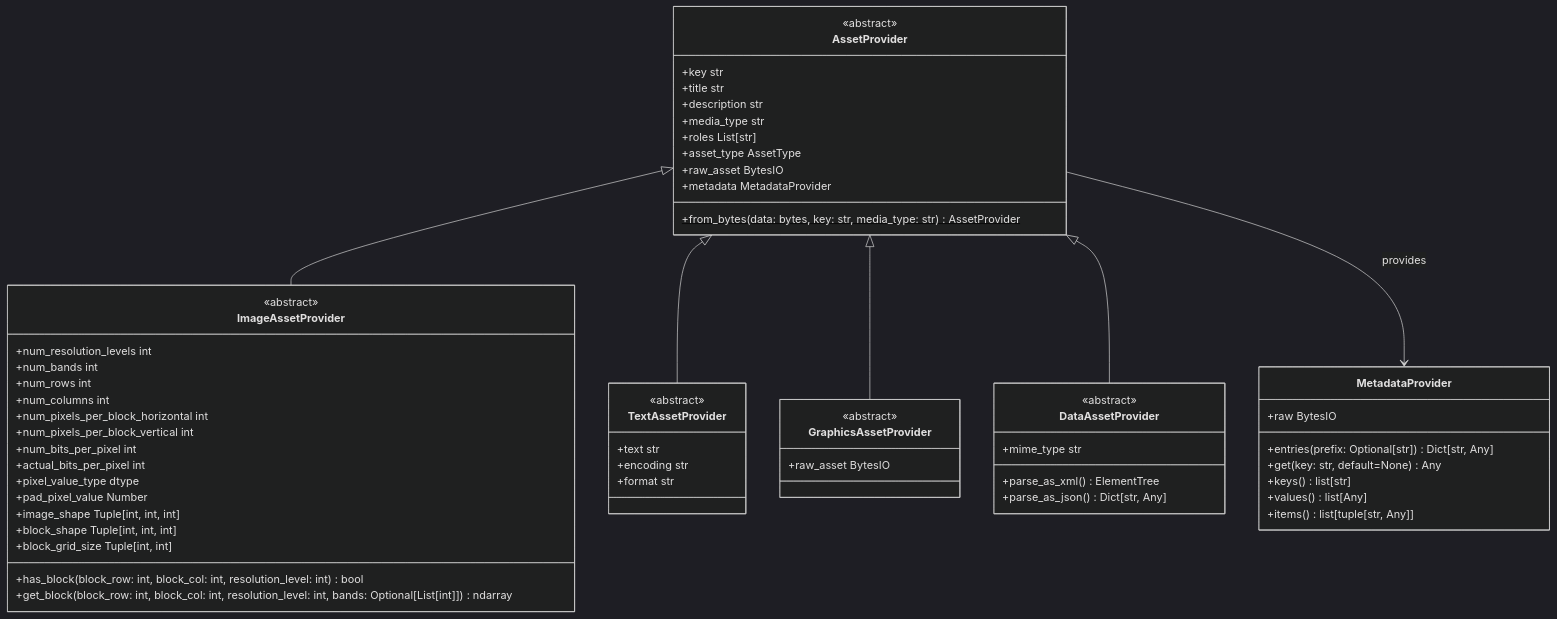
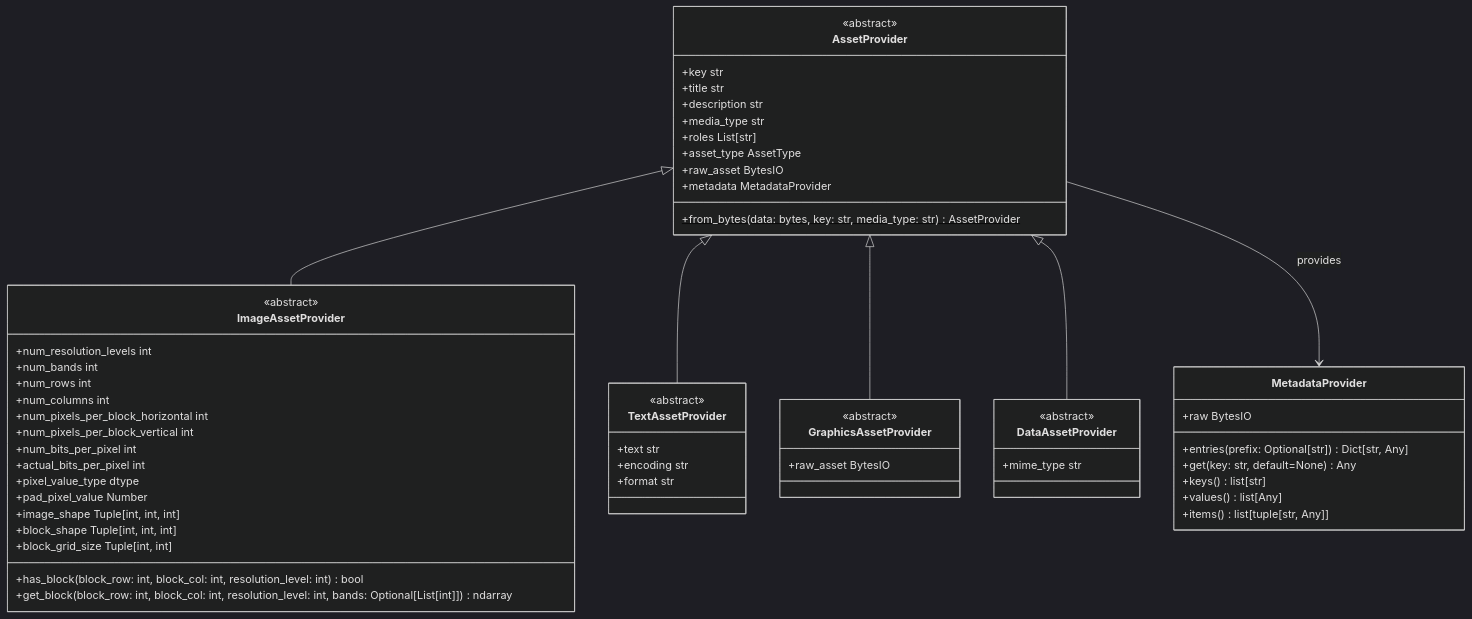
The second of 9 diagrams in docs/design/api-design.md (awslabs/osml-imagery-io), drawn with Mermaid (dark theme) before and after one commit. The commit also changed 13 other files, not shown here.

````diff
--- a/docs/design/api-design.md
+++ b/docs/design/api-design.md
@@ -58,70 +58,68 @@
 ```mermaid
 classDiagram
 direction TB
     class AssetProvider {
         <<abstract>>
         +key str
         +title str
         +description str
         +media_type str
         +roles List[str]
         +asset_type AssetType
         +raw_asset BytesIO
         +metadata MetadataProvider
         +from_bytes(data: bytes, key: str, media_type: str)$ AssetProvider
     }
 
     class MetadataProvider {
         +raw BytesIO
 	    +entries(prefix: Optional[str]) Dict[str, Any]
 	    +get(key: str, default=None) Any
 	    +keys() list[str]
 	    +values() list[Any]
 	    +items() list[tuple[str, Any]]
     }
 
     class ImageAssetProvider {
         <<abstract>>
         +has_block(block_row: int, block_col: int, resolution_level: int) bool
         +get_block(block_row: int, block_col: int, resolution_level: int, bands: Optional[List[int]]) ndarray
         +num_resolution_levels int
         +num_bands int
         +num_rows int
         +num_columns int
         +num_pixels_per_block_horizontal int
         +num_pixels_per_block_vertical int
         +num_bits_per_pixel int
         +actual_bits_per_pixel int
         +pixel_value_type dtype
         +pad_pixel_value Number
         +image_shape Tuple[int, int, int]
         +block_shape Tuple[int, int, int]
         +block_grid_size Tuple[int, int]
     }
 
     class TextAssetProvider {
         <<abstract>>
         +text str
         +encoding str
         +format str
     }
 
     class DataAssetProvider {
         <<abstract>>
         +mime_type str
-        +parse_as_xml() ElementTree
-        +parse_as_json() Dict[str, Any]
     }
 
     class GraphicsAssetProvider {
         <<abstract>>
         +raw_asset BytesIO
     }
 
     AssetProvider <|-- ImageAssetProvider
     AssetProvider <|-- TextAssetProvider
     AssetProvider <|-- GraphicsAssetProvider
     AssetProvider <|-- DataAssetProvider
     AssetProvider --> MetadataProvider : provides
 
 ```
````
